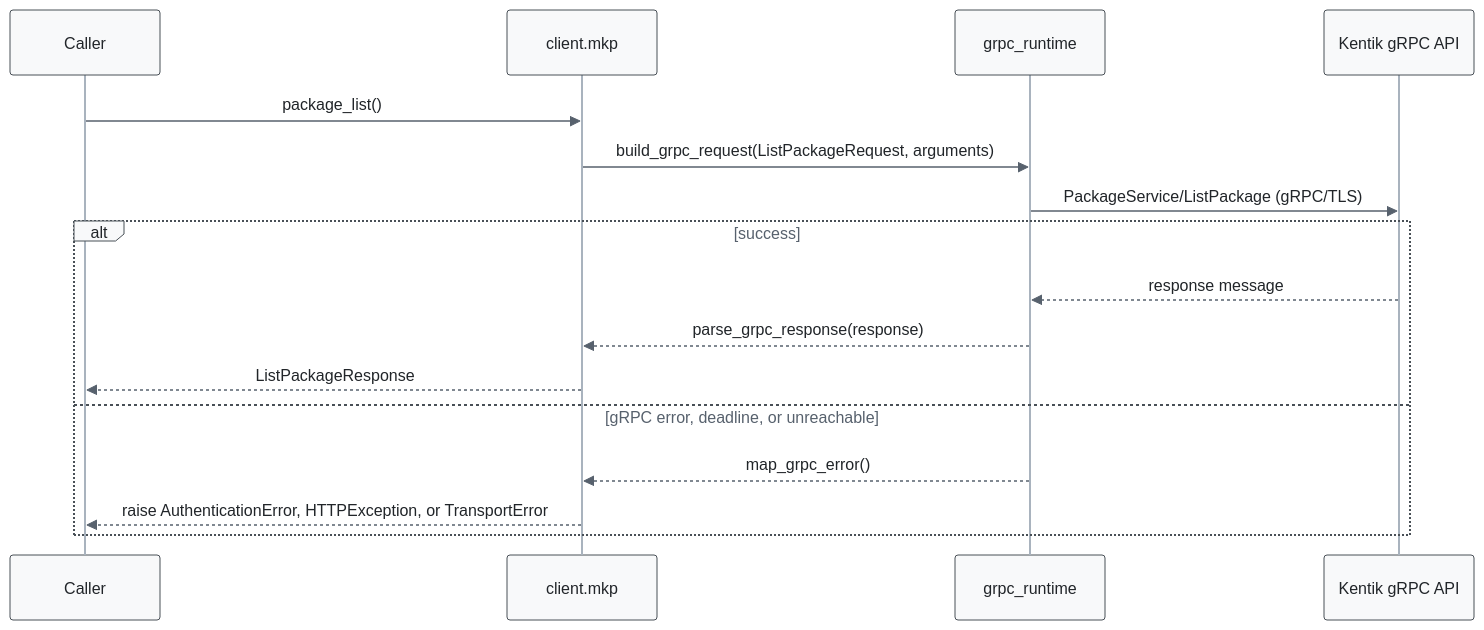
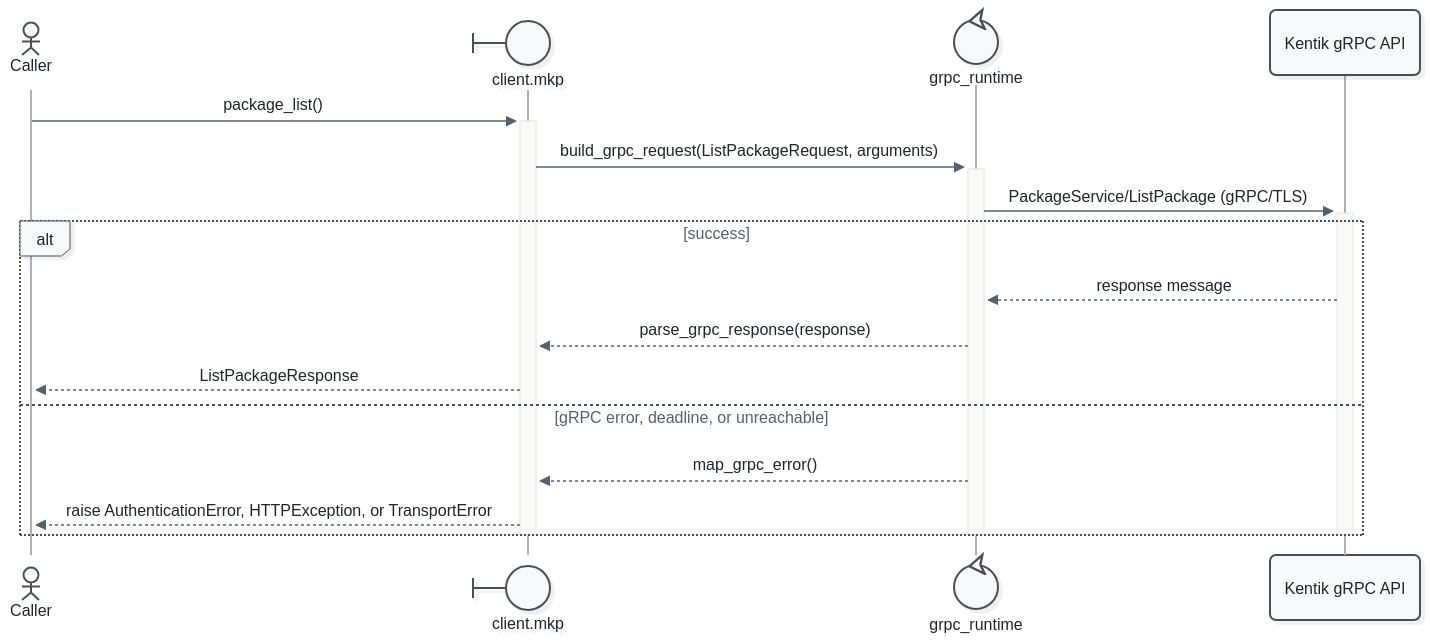
The second of 29 diagrams in docs/sphinx/services/mkp.md (alexdearaujo/community_sdk_python), drawn with Mermaid before and after one commit. The commit also changed other lines of this file and 52 other files, not shown here.

First line of the commit message:
docs: Mermaid 12 sequence diagrams with participant types and path colors

````diff
--- a/docs/sphinx/services/mkp.md
+++ b/docs/sphinx/services/mkp.md
@@ -57,20 +59,23 @@
 ```mermaid
-%%{init: {"theme": "base", "fontFamily": "ui-monospace, SFMono-Regular, Menlo, monospace", "themeVariables": {"fontFamily": "ui-monospace, SFMono-Regular, Menlo, monospace", "primaryColor": "#f8f9fa", "primaryBorderColor": "#495057", "primaryTextColor": "#212529", "textColor": "#212529", "lineColor": "#77818c", "edgeLabelBackground": "#ffffff", "actorBkg": "#f8f9fa", "actorBorder": "#495057", "actorTextColor": "#212529", "actorLineColor": "#a9b3be", "signalColor": "#57616d", "signalTextColor": "#212529", "labelBoxBkgColor": "#f8f9fa", "labelBoxBorderColor": "#495057", "labelTextColor": "#212529", "loopTextColor": "#57616d", "noteBkgColor": "#fff9db", "noteBorderColor": "#f08c00", "noteTextColor": "#a35a00"}, "flowchart": {"curve": "step", "nodeSpacing": 30, "rankSpacing": 70, "wrappingWidth": 400}}}%%
+%%{init: {"theme": "redux", "look": "neo", "layout": "dagre", "fontFamily": "ui-monospace, SFMono-Regular, Menlo, monospace", "themeVariables": {"fontFamily": "ui-monospace, SFMono-Regular, Menlo, monospace", "primaryColor": "#f8f9fa", "primaryBorderColor": "#495057", "primaryTextColor": "#212529", "textColor": "#212529", "lineColor": "#77818c", "edgeLabelBackground": "#ffffff", "actorBkg": "#f8f9fa", "actorBorder": "#495057", "actorTextColor": "#212529", "actorLineColor": "#a9b3be", "signalColor": "#57616d", "signalTextColor": "#212529", "labelBoxBkgColor": "#f8f9fa", "labelBoxBorderColor": "#495057", "labelTextColor": "#212529", "loopTextColor": "#57616d", "noteBkgColor": "#fff9db", "noteBorderColor": "#f08c00", "noteTextColor": "#a35a00"}, "sequence": {"activationWidth": 16}, "flowchart": {"curve": "step", "nodeSpacing": 30, "rankSpacing": 70, "wrappingWidth": 400}}}%%
 sequenceDiagram
-    participant C as Caller
-    participant W as client.mkp
-    participant R as grpc_runtime
+    actor C as Caller
+    participant W@{ "type": "boundary" } as client.mkp
+    participant R@{ "type": "control" } as grpc_runtime
     participant API as Kentik gRPC API
 
-    C->>W: package_list()
-    W->>R: build_grpc_request(ListPackageRequest, arguments)
-    R->>API: PackageService/ListPackage (gRPC/TLS)
+    C->>+W: package_list()
+    W->>+R: build_grpc_request(ListPackageRequest, arguments)
+    R->>+API: PackageService/ListPackage (gRPC/TLS)
     alt success
         API-->>R: response message
         R-->>W: parse_grpc_response(response)
         W-->>C: ListPackageResponse
     else gRPC error, deadline, or unreachable
         R-->>W: map_grpc_error()
         W-->>C: raise AuthenticationError, HTTPException, or TransportError
     end
+    deactivate API
+    deactivate R
+    deactivate W
 ```
````
